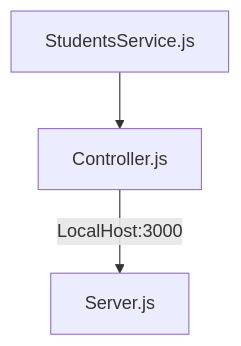
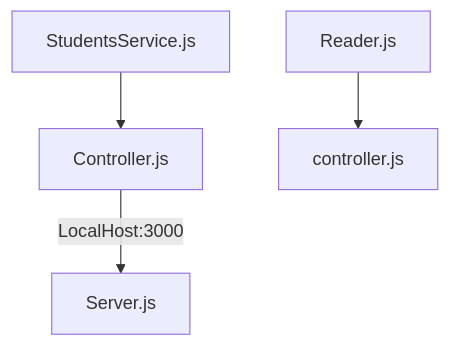
Before and after one commit to ChristianDeM/ThinkingAPI: the diagram in readme.md, drawn with Mermaid. The commit also changed other lines of this file, not shown here.

````diff
--- a/readme.md
+++ b/readme.md
@@ -18,6 +18,7 @@
 ```mermaid
   graph TD;
     StudentsService.js-->Controller.js;
+    Reader.js-->controller.js
     Controller.js--LocalHost:3000-->Server.js 
     
 ```
````
